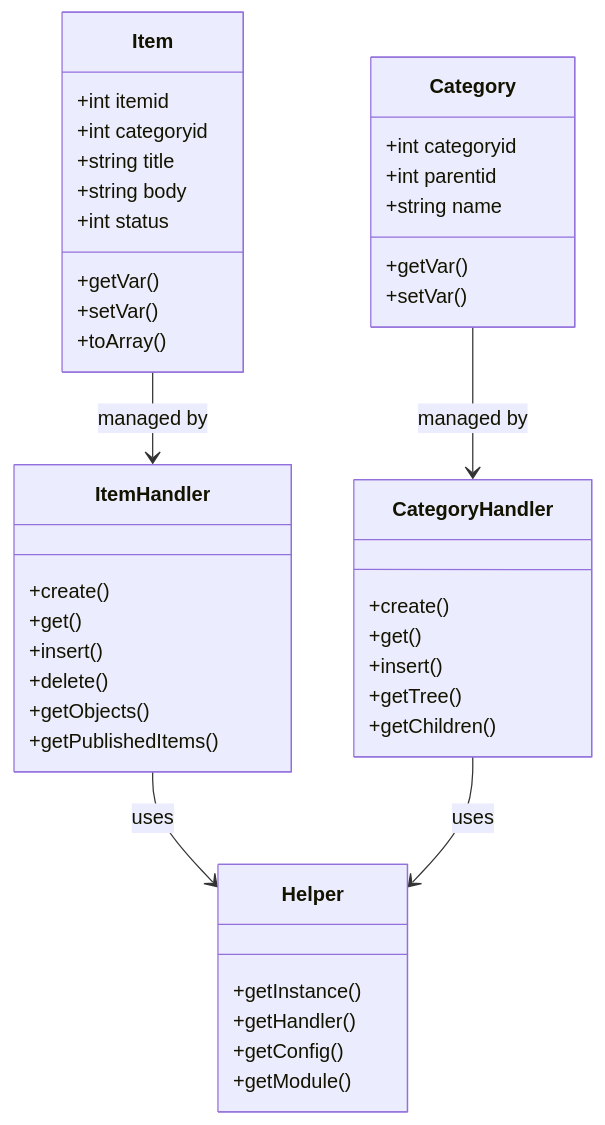
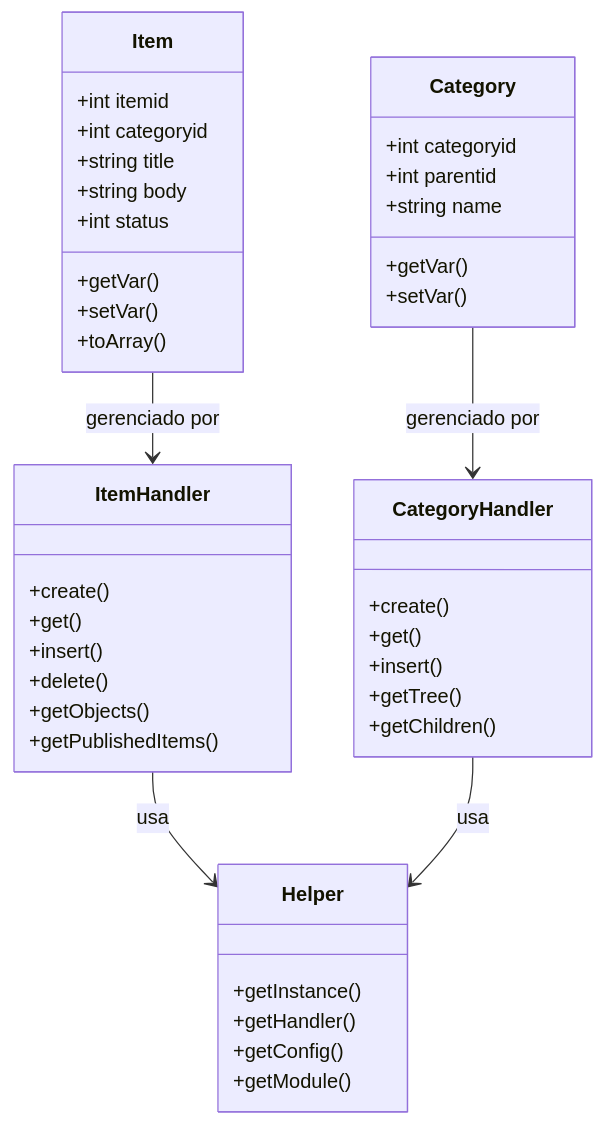
The first of 2 diagrams in apps/docs-27/src/content/docs/pt/modules/publisher/developer-guide/extending.md (mambax7/xoops-docs), drawn with Mermaid before and after one commit. The commit also changed other lines of this file and 162 other files, not shown here.

````diff
--- a/apps/docs-27/src/content/docs/pt/modules/publisher/developer-guide/extending.md
+++ b/apps/docs-27/src/content/docs/pt/modules/publisher/developer-guide/extending.md
@@ -12,50 +12,50 @@
 ```mermaid
 classDiagram
     class Item {
         +int itemid
         +int categoryid
         +string title
         +string body
         +int status
         +getVar()
         +setVar()
         +toArray()
     }
 
     class Category {
         +int categoryid
         +int parentid
         +string name
         +getVar()
         +setVar()
     }
 
     class ItemHandler {
         +create()
         +get()
         +insert()
         +delete()
         +getObjects()
         +getPublishedItems()
     }
 
     class CategoryHandler {
         +create()
         +get()
         +insert()
         +getTree()
         +getChildren()
     }
 
     class Helper {
         +getInstance()
         +getHandler()
         +getConfig()
         +getModule()
     }
 
-    Item --> ItemHandler : managed by
-    Category --> CategoryHandler : managed by
-    ItemHandler --> Helper : uses
-    CategoryHandler --> Helper : uses
+    Item --> ItemHandler : gerenciado por
+    Category --> CategoryHandler : gerenciado por
+    ItemHandler --> Helper : usa
+    CategoryHandler --> Helper : usa
 ```
````
